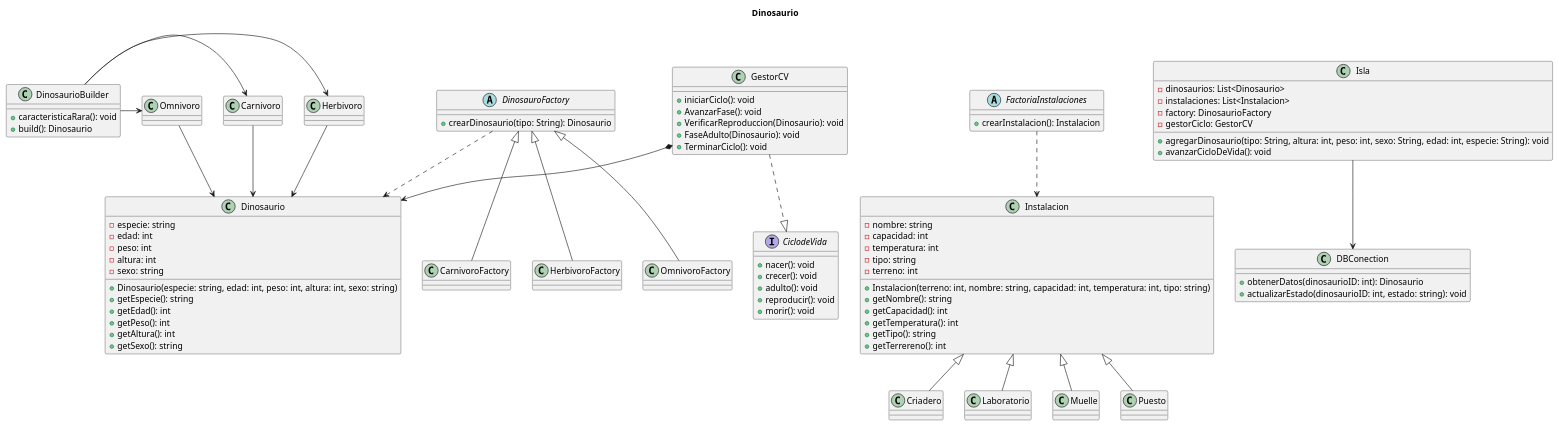
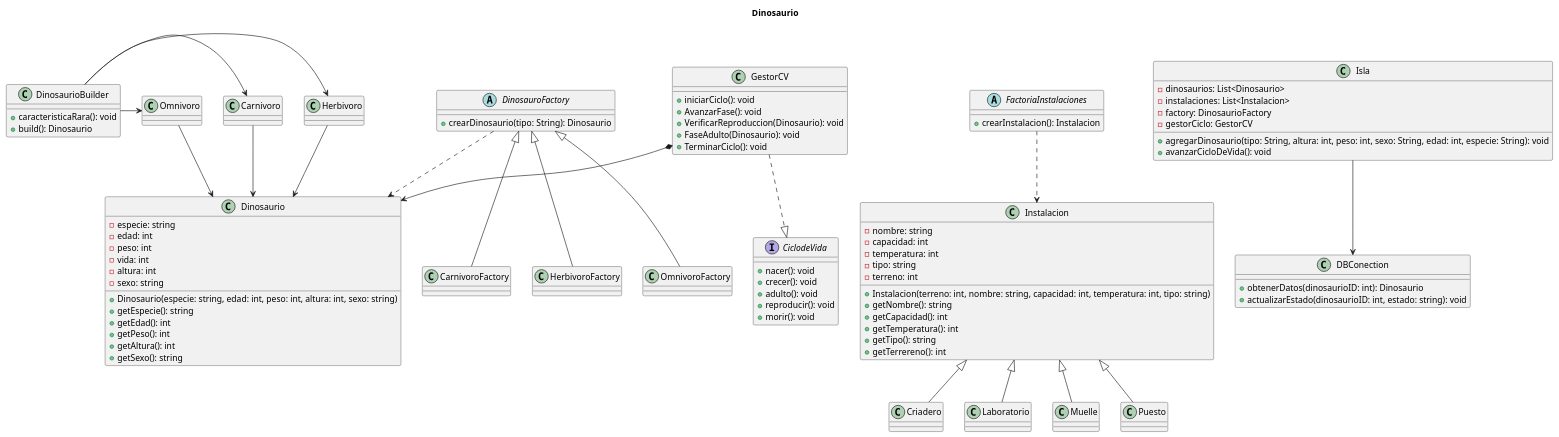
The diagram in uml/Dinosaurio.puml (sssdark302/JurassicPark), drawn with PlantUML before and after one commit.

```diff
--- a/uml/Dinosaurio.puml
+++ b/uml/Dinosaurio.puml
@@ -1,99 +1,100 @@
 @startuml
 'https://plantuml.com/class-diagram
 title Dinosaurio
 
 class Dinosaurio{
     -especie: string
     -edad: int
     -peso: int
+    -vida: int
     -altura: int
     -sexo: string
     +Dinosaurio(especie: string, edad: int, peso: int, altura: int, sexo: string)
     +getEspecie(): string
     +getEdad(): int
     +getPeso(): int
     +getAltura(): int
     +getSexo(): string
 }
 
 
 class DinosaurioBuilder{
     +caracteristicaRara(): void
     +build(): Dinosaurio
 }
 
 abstract class DinosauroFactory{
     +crearDinosaurio(tipo: String): Dinosaurio
 }
 
 class CarnivoroFactory extends DinosauroFactory{}
 class HerbivoroFactory extends DinosauroFactory{}
 class OmnivoroFactory extends DinosauroFactory{}
 
 abstract class FactoriaInstalaciones{
     +crearInstalacion(): Instalacion
 }
 
 class Instalacion{
     -nombre: string
     -capacidad: int
     -temperatura: int
     -tipo: string
     -terreno: int
     +Instalacion(terreno: int, nombre: string, capacidad: int, temperatura: int, tipo: string)
     +getNombre(): string
     +getCapacidad(): int
     +getTemperatura(): int
     +getTipo(): string
     +getTerrereno(): int
 }
 
 class Criadero extends Instalacion{}
 class Laboratorio extends Instalacion{}
 class Muelle extends Instalacion{}
 class Puesto extends Instalacion{}
 
 interface CiclodeVida{
     +nacer(): void
     +crecer(): void
     +adulto(): void
     +reproducir(): void
     +morir(): void
 }
 
 class GestorCV{
     +iniciarCiclo(): void
     +AvanzarFase(): void
     +VerificarReproduccion(Dinosaurio): void
     +FaseAdulto(Dinosaurio): void
     +TerminarCiclo(): void
 }
 
 class DBConection{
     +obtenerDatos(dinosaurioID: int): Dinosaurio
     +actualizarEstado(dinosaurioID: int, estado: string): void
 }
 
 class Isla{
     -dinosaurios: List<Dinosaurio>
     -instalaciones: List<Instalacion>
     -factory: DinosaurioFactory
     -gestorCiclo: GestorCV
     +agregarDinosaurio(tipo: String, altura: int, peso: int, sexo: String, edad: int, especie: String): void
     +avanzarCicloDeVida(): void
 }
 
 GestorCV *--> Dinosaurio
 Herbivoro --> Dinosaurio
 Carnivoro --> Dinosaurio
 Omnivoro --> Dinosaurio
 GestorCV ..|> CiclodeVida
 DinosauroFactory ..> Dinosaurio
 DinosaurioBuilder -> Herbivoro
 DinosaurioBuilder -> Carnivoro
 DinosaurioBuilder -> Omnivoro
 FactoriaInstalaciones ..> Instalacion
 Isla --> DBConection
 
 
 @enduml
```
